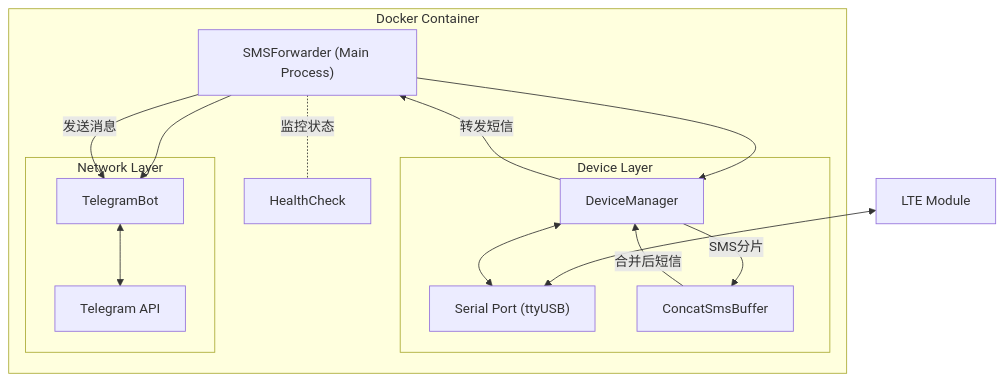
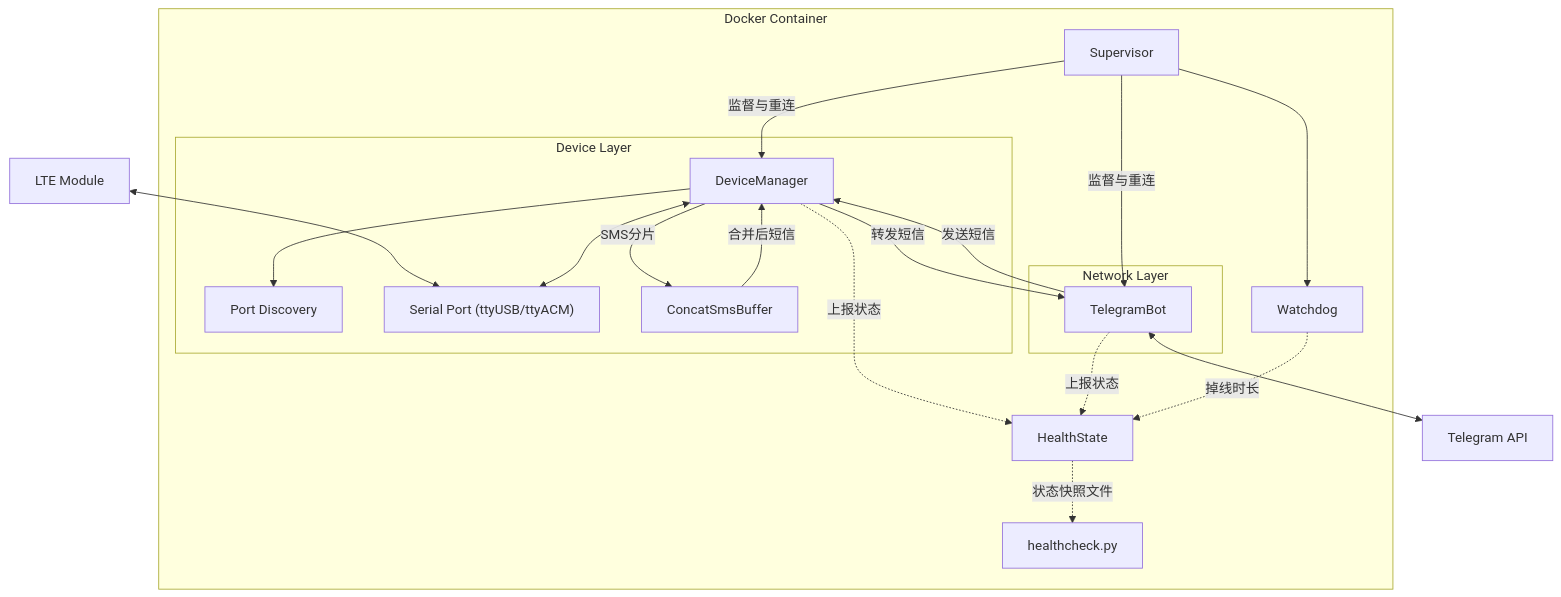
One commit to vxhorse/SMS_forwarder_Telegram changed the diagram in README_CN.md. Above: the diagram before and after it, drawn with Mermaid. The commit also changed other lines of this file and 7 other files, not shown here.

First line of the commit message:
docs: bind-mount the device tree and document port discovery

````diff
--- a/README_CN.md
+++ b/README_CN.md
@@ -20,31 +21,37 @@
 ```mermaid
 graph TD
     subgraph DC [Docker Container]
-        Main["SMSForwarder (Main Process)"]
-        
+        Sup[Supervisor]
+        WD[Watchdog]
+        HS[HealthState]
+        HC["healthcheck.py"]
+
         subgraph DeviceLayer [Device Layer]
             DM[DeviceManager]
-            Serial["Serial Port (ttyUSB)"]
+            Disc[Port Discovery]
+            Serial["Serial Port (ttyUSB/ttyACM)"]
             Buffer[ConcatSmsBuffer]
         end
-        
+
         subgraph NetworkLayer [Network Layer]
             Bot[TelegramBot]
-            API[Telegram API]
         end
-        
-        Health[HealthCheck]
     end
-    
+
     Hardware[LTE Module] <--> Serial
-    Main --> DM
-    Main --> Bot
+    Sup -- "监督与重连" --> DM
+    Sup -- "监督与重连" --> Bot
+    Sup --> WD
+    DM --> Disc
     DM <--> Serial
     DM -- "SMS分片" --> Buffer
     Buffer -- "合并后短信" --> DM
-    DM -- "转发短信" --> Main
-    Main -- "发送消息" --> Bot
-    Bot <--> API
-    
-    Main -. "监控状态" .- Health
+    DM -- "转发短信" --> Bot
+    Bot -- "发送短信" --> DM
+    Bot <--> API[Telegram API]
+
+    DM -. "上报状态" .-> HS
+    Bot -. "上报状态" .-> HS
+    WD -. "掉线时长" .-> HS
+    HS -. "状态快照文件" .-> HC
 ```
````
